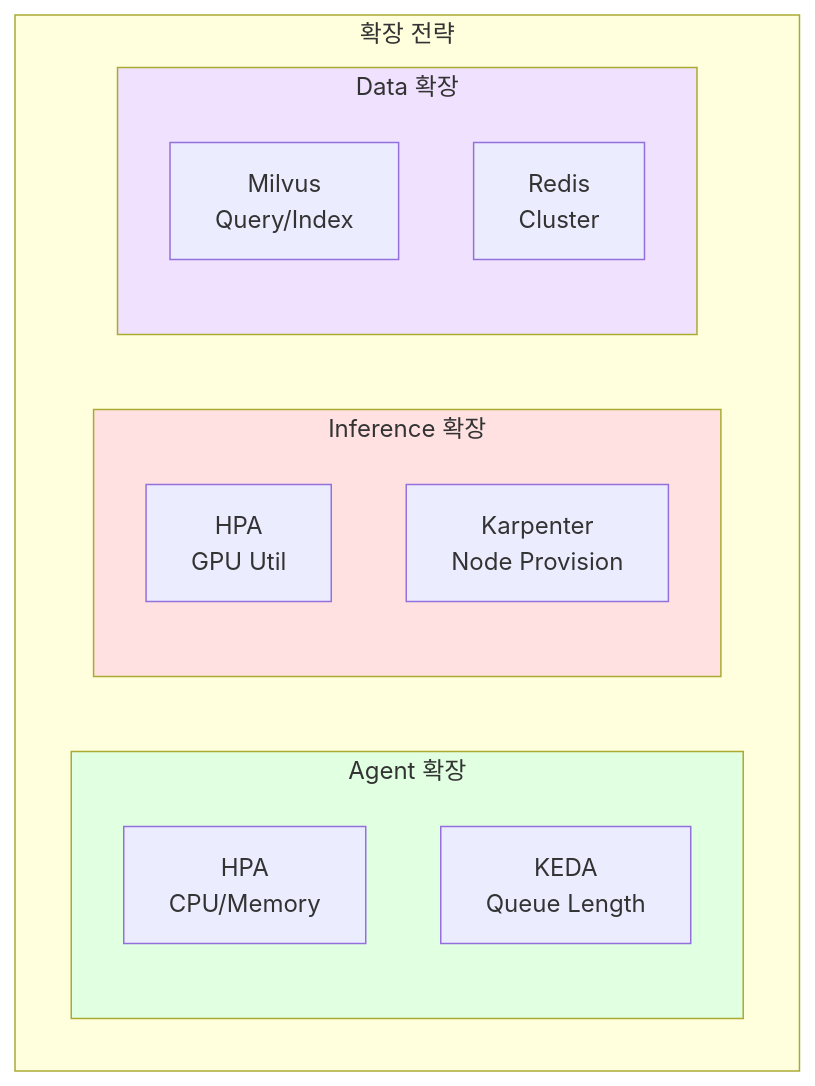
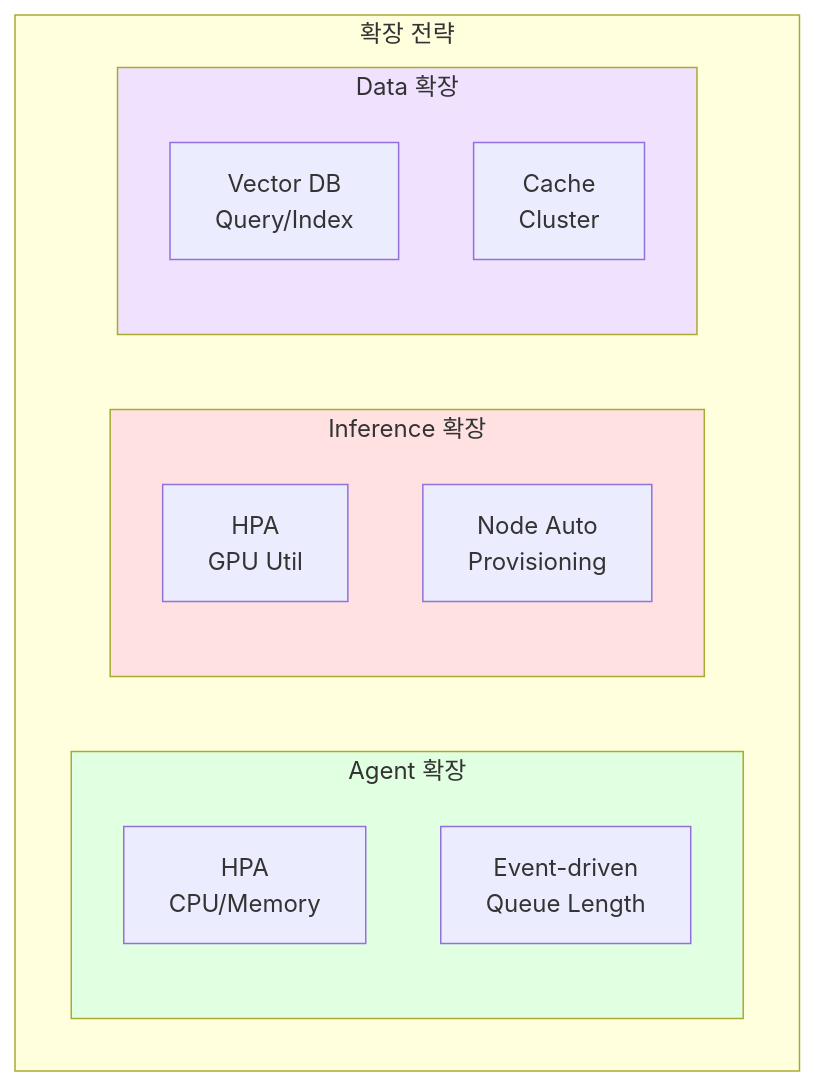
One commit to devfloor9/engineering-playbook changed the sixth of 9 diagrams in docs/agentic-ai-platform/design-architecture/agentic-platform-architecture.md. Above: the diagram before and after it, drawn with Mermaid. The commit also changed other lines of this file and 6 other files, not shown here.

First line of the commit message:
refactor: design-architecture 문서 흐름 재구성 + 콘텐츠 재배치

````diff
--- a/docs/agentic-ai-platform/design-architecture/agentic-platform-architecture.md
+++ b/docs/agentic-ai-platform/design-architecture/agentic-platform-architecture.md
@@ -640,23 +340,23 @@
 ```mermaid
 flowchart TD
     subgraph Scaling["확장 전략"]
         subgraph AgentScale["Agent 확장"]
             HPA_AGENT["HPA<br/>CPU/Memory"]
-            KEDA_AGENT["KEDA<br/>Queue Length"]
+            KEDA_AGENT["Event-driven<br/>Queue Length"]
         end
 
         subgraph InferenceScale["Inference 확장"]
-            HPA_VLLM["HPA<br/>GPU Util"]
-            KARPENTER["Karpenter<br/>Node Provision"]
+            HPA_LLM["HPA<br/>GPU Util"]
+            NODE_SCALE["Node Auto<br/>Provisioning"]
         end
 
         subgraph DataScale["Data 확장"]
-            MILVUS_SCALE["Milvus<br/>Query/Index"]
-            REDIS_SCALE["Redis<br/>Cluster"]
+            VECTOR_SCALE["Vector DB<br/>Query/Index"]
+            CACHE_SCALE["Cache<br/>Cluster"]
         end
     end
 
     style AgentScale fill:#e1ffe1
     style InferenceScale fill:#ffe1e1
     style DataScale fill:#f0e1ff
 ```
````
